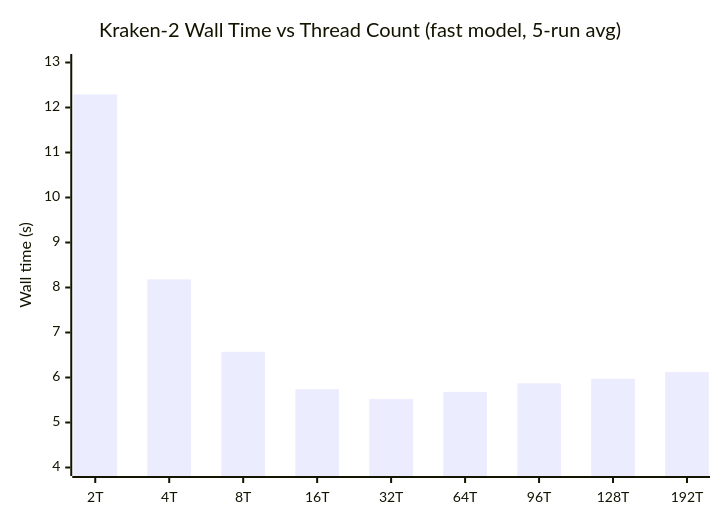
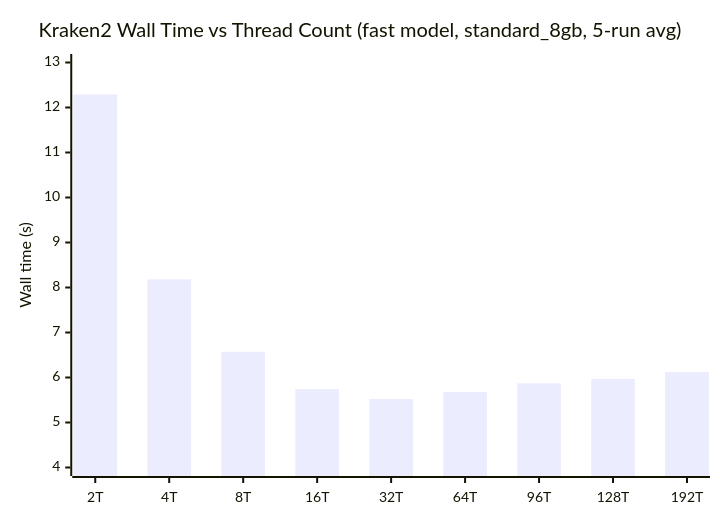
The ninth of 23 diagrams in README.md (KathpaliaChirag/Nanopore-project), drawn with Mermaid before and after one commit. The commit also changed other lines of this file, not shown here.

````diff
--- a/README.md
+++ b/README.md
@@ -267,7 +395,7 @@
 ```mermaid
 xychart-beta
-    title "Kraken-2 Wall Time vs Thread Count (fast model, 5-run avg)"
+    title "Kraken2 Wall Time vs Thread Count (fast model, standard_8gb, 5-run avg)"
     x-axis ["2T", "4T", "8T", "16T", "32T", "64T", "96T", "128T", "192T"]
     y-axis "Wall time (s)" 4 --> 13
     bar [12.29, 8.18, 6.57, 5.74, 5.52, 5.68, 5.87, 5.97, 6.12]
 ```
````
